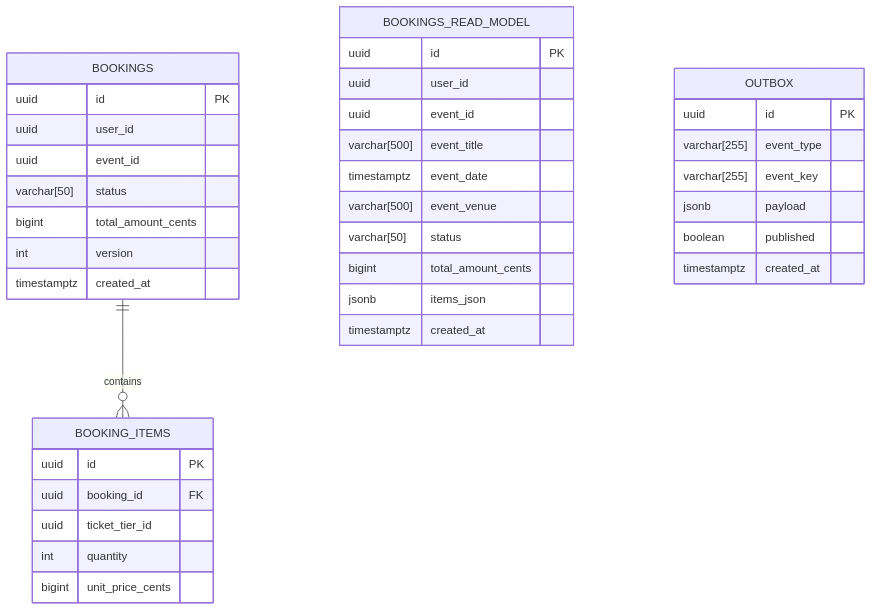
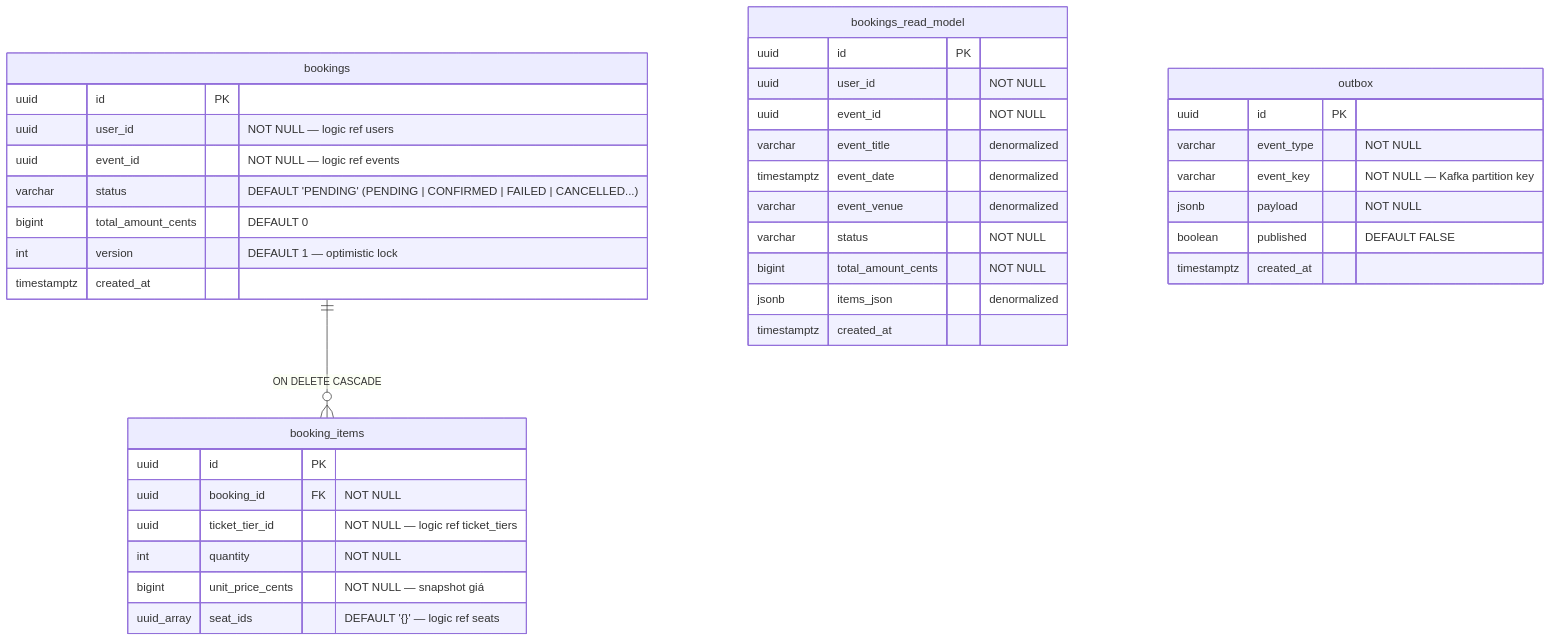
One commit to hoangdaochuz/booking changed the fourth of 8 diagrams in docs/database-erd.md. Above: the diagram before and after it, drawn with Mermaid. The commit also changed other lines of this file and 19 other files, not shown here.

First line of the commit message:
feat: add batch update for booking status and implement undo for reserved expired seats

````diff
--- a/docs/database-erd.md
+++ b/docs/database-erd.md
@@ -214,40 +141,41 @@
 ```mermaid
 erDiagram
-    BOOKINGS ||--o{ BOOKING_ITEMS : contains
-    BOOKINGS {
+    bookings {
         uuid id PK
-        uuid user_id
-        uuid event_id
-        varchar[50] status
-        bigint total_amount_cents
-        int version
+        uuid user_id "NOT NULL — logic ref users"
+        uuid event_id "NOT NULL — logic ref events"
+        varchar status "DEFAULT 'PENDING' (PENDING | CONFIRMED | FAILED | CANCELLED...)"
+        bigint total_amount_cents "DEFAULT 0"
+        int version "DEFAULT 1 — optimistic lock"
         timestamptz created_at
     }
-    BOOKING_ITEMS {
+    booking_items {
         uuid id PK
-        uuid booking_id FK
-        uuid ticket_tier_id
-        int quantity
-        bigint unit_price_cents
+        uuid booking_id FK "NOT NULL"
+        uuid ticket_tier_id "NOT NULL — logic ref ticket_tiers"
+        int quantity "NOT NULL"
+        bigint unit_price_cents "NOT NULL — snapshot giá"
+        uuid_array seat_ids "DEFAULT '{}' — logic ref seats"
     }
-    BOOKINGS_READ_MODEL {
+    bookings_read_model {
         uuid id PK
-        uuid user_id
-        uuid event_id
-        varchar[500] event_title
-        timestamptz event_date
-        varchar[500] event_venue
-        varchar[50] status
-        bigint total_amount_cents
-        jsonb items_json
+        uuid user_id "NOT NULL"
+        uuid event_id "NOT NULL"
+        varchar event_title "denormalized"
+        timestamptz event_date "denormalized"
+        varchar event_venue "denormalized"
+        varchar status "NOT NULL"
+        bigint total_amount_cents "NOT NULL"
+        jsonb items_json "denormalized"
         timestamptz created_at
     }
-    OUTBOX {
+    outbox {
         uuid id PK
-        varchar[255] event_type
-        varchar[255] event_key
-        jsonb payload
-        boolean published
+        varchar event_type "NOT NULL"
+        varchar event_key "NOT NULL — Kafka partition key"
+        jsonb payload "NOT NULL"
+        boolean published "DEFAULT FALSE"
         timestamptz created_at
     }
+    bookings ||--o{ booking_items : "ON DELETE CASCADE"
 ```
````
